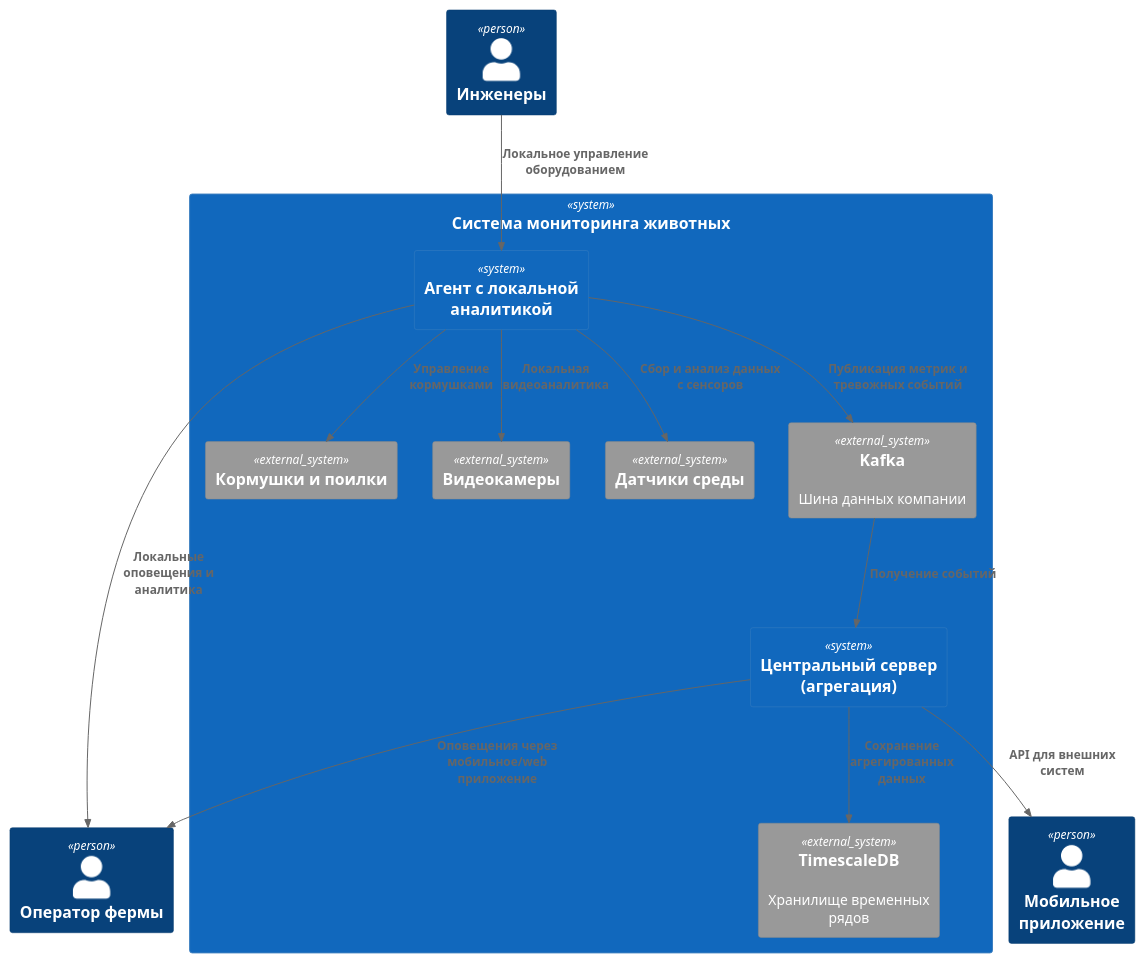
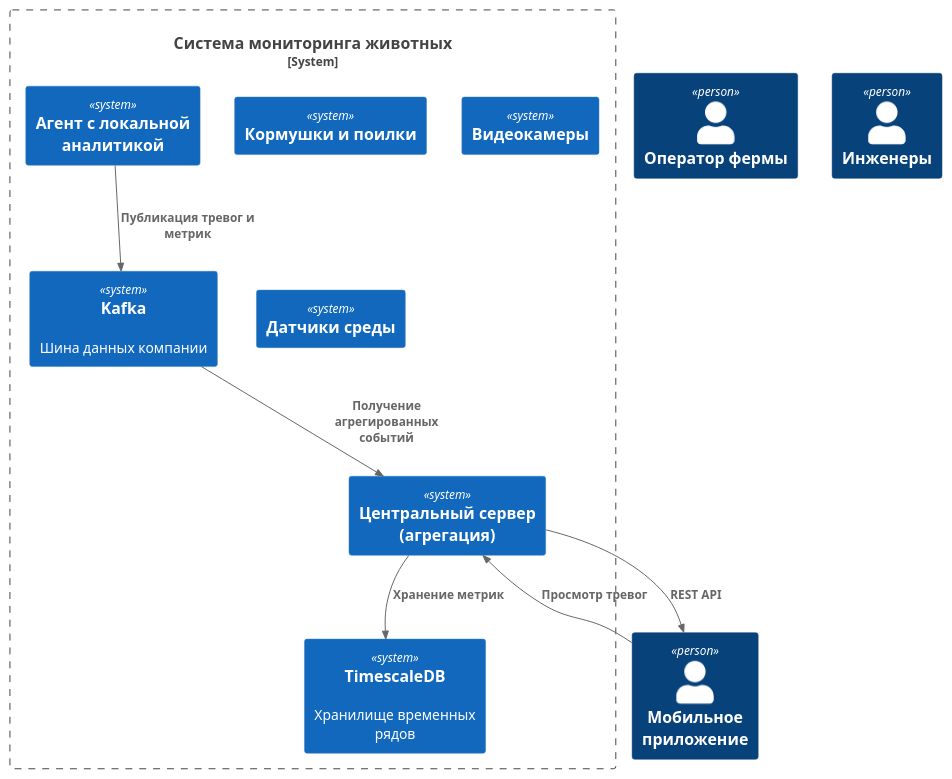
Before and after one commit to MikhailShakhanov/MSA-AgroTech: the second of 2 diagrams in Task1/task_1_adr_c_1.md, drawn with PlantUML. The commit also changed other lines of this file, not shown here.

````diff
--- a/Task1/task_1_adr_c_1.md
+++ b/Task1/task_1_adr_c_1.md
@@ -92,31 +80,26 @@
 ```plantuml
 @startuml
 !include https://raw.githubusercontent.com/plantuml-stdlib/C4-PlantUML/master/C4_Context.puml
 
 Person(operator, "Оператор фермы")
 Person(engineer, "Инженеры")
 Person(mobileApp, "Мобильное приложение")
 
-System(system, "Система мониторинга животных") {
-  System_Ext(feeders, "Кормушки и поилки")
-  System_Ext(cameras, "Видеокамеры")
-  System_Ext(sensors, "Датчики среды")
-  System_Ext(kafka, "Kafka", "Шина данных компании")
-  System_Ext(tsdb, "TimescaleDB", "Хранилище временных рядов")
+System_Boundary(system, "Система мониторинга животных") {
+  System(feeders, "Кормушки и поилки")
+  System(cameras, "Видеокамеры")
+  System(sensors, "Датчики среды")
+  System(kafka, "Kafka", "Шина данных компании")
+  System(tsdb, "TimescaleDB", "Хранилище временных рядов")
 
   System(edgeAgent, "Агент с локальной аналитикой")
   System(centralServer, "Центральный сервер (агрегация)")
 }
 
-Rel(edgeAgent, operator, "Локальные оповещения и аналитика")
-Rel(edgeAgent, kafka, "Публикация метрик и тревожных событий")
-Rel(kafka, centralServer, "Получение событий")
-Rel(centralServer, tsdb, "Сохранение агрегированных данных")
-Rel(centralServer, operator, "Оповещения через мобильное/web приложение")
-Rel(centralServer, mobileApp, "API для внешних систем")
-Rel(engineer, edgeAgent, "Локальное управление оборудованием")
-Rel(edgeAgent, feeders, "Управление кормушками")
-Rel(edgeAgent, cameras, "Локальная видеоаналитика")
-Rel(edgeAgent, sensors, "Сбор и анализ данных с сенсоров")
+Rel(edgeAgent, kafka, "Публикация тревог и метрик")
+Rel(kafka, centralServer, "Получение агрегированных событий")
+Rel(centralServer, tsdb, "Хранение метрик")
+Rel(centralServer, mobileApp, "REST API")
+Rel(mobileApp, centralServer, "Просмотр тревог")
 @enduml
 ```
````
